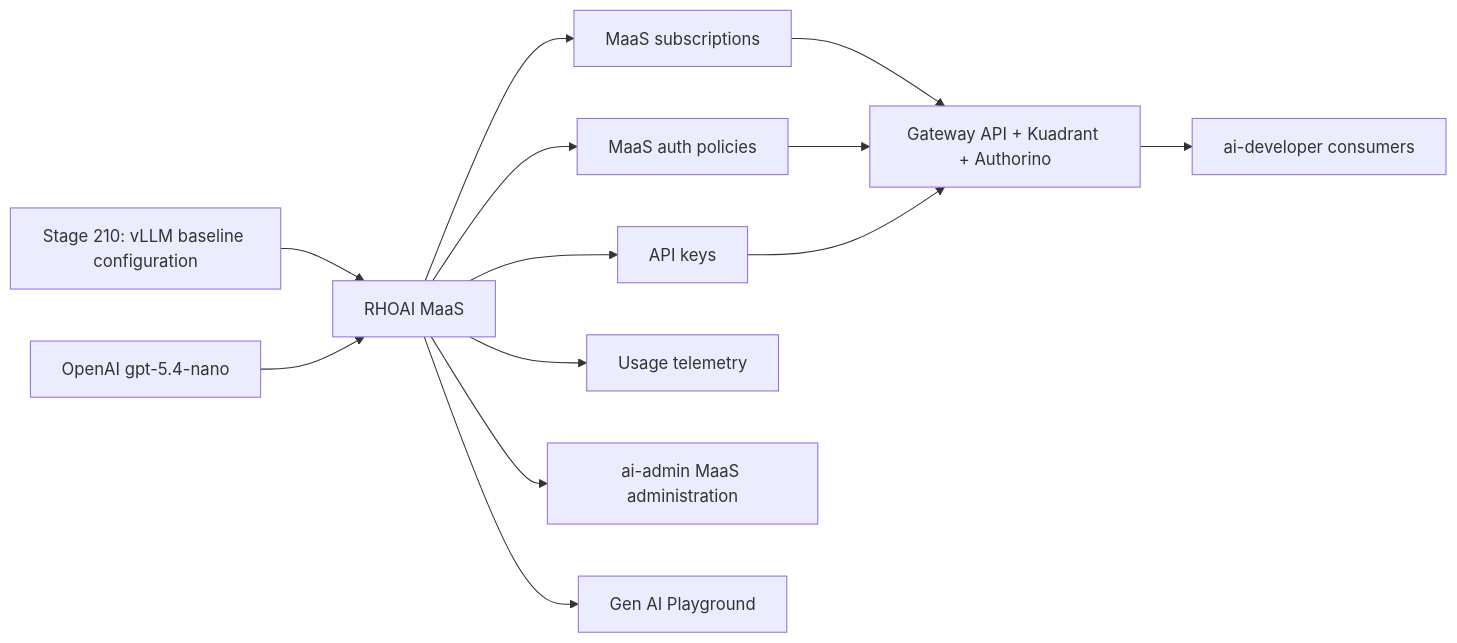
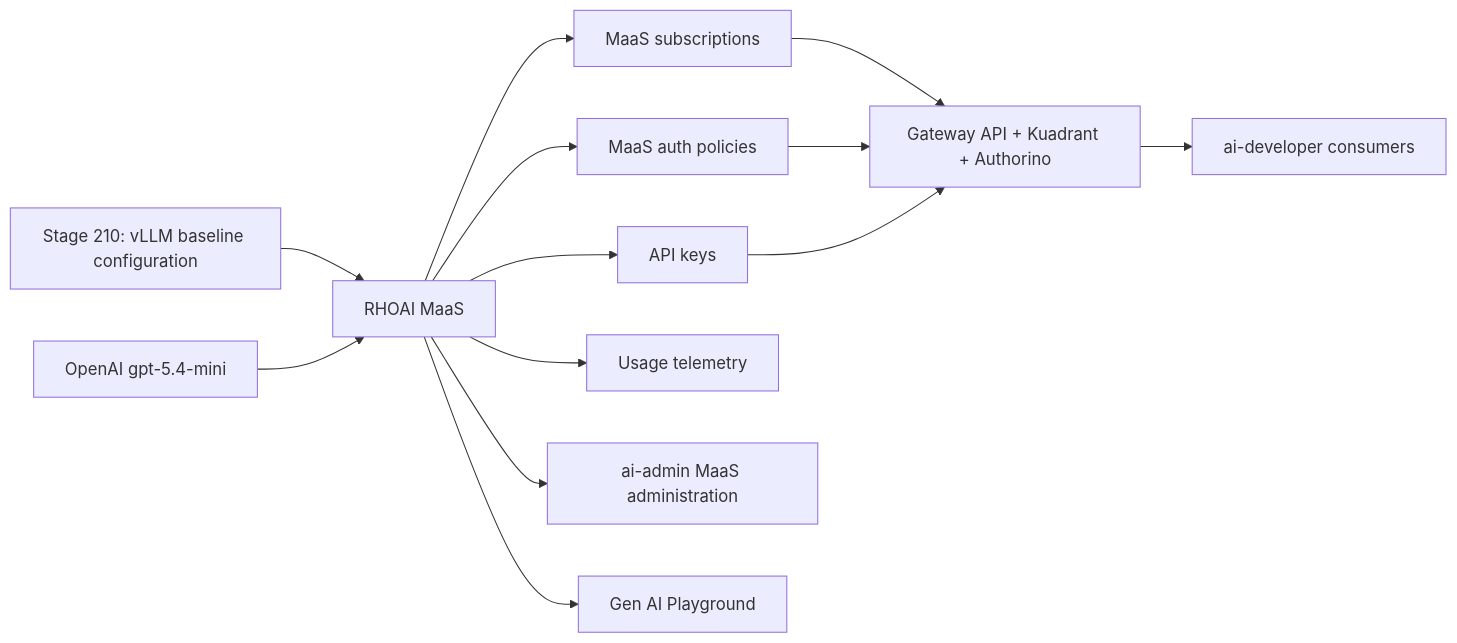
Before and after one commit to adnan-drina/rhoai3-demo: the diagram in stage-230-models-as-a-service/README.md, drawn with Mermaid. The commit also changed other lines of this file and 14 other files, not shown here.

Commit message:
fix(stage-230): use dns-safe openai maas model alias

````diff
--- a/stage-230-models-as-a-service/README.md
+++ b/stage-230-models-as-a-service/README.md
@@ -31,15 +31,15 @@
 ```mermaid
 flowchart LR
   previous["Stage 210: vLLM baseline configuration"] --> maas["RHOAI MaaS"]
-  openai["OpenAI gpt-5.4-nano"] --> maas
+  openai["OpenAI gpt-5.4-mini"] --> maas
   maas --> sub["MaaS subscriptions"]
   maas --> auth["MaaS auth policies"]
   maas --> keys["API keys"]
   maas --> obs["Usage telemetry"]
   sub --> gateway["Gateway API + Kuadrant + Authorino"]
   auth --> gateway
   keys --> gateway
   gateway --> users["ai-developer consumers"]
   maas --> admin["ai-admin MaaS administration"]
   maas --> playground["Gen AI Playground"]
 ```
````
